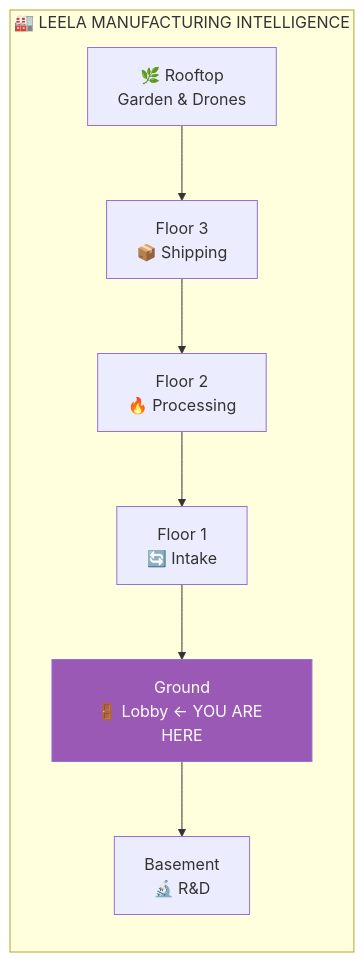
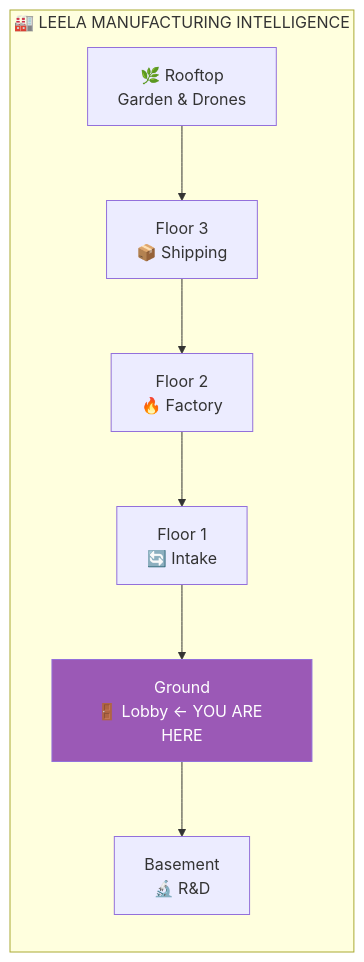
The first of 4 diagrams in examples/adventure-4/street/lane-neverending/leela-manufacturing/lobby/README.md (SimHacker/moollm), drawn with Mermaid before and after one commit. The commit also changed other lines of this file and 15 other files, not shown here.

First line of the commit message:
Fix Floor 2 name: Processing Floor → Factory Floor

````diff
--- a/examples/adventure-4/street/lane-neverending/leela-manufacturing/lobby/README.md
+++ b/examples/adventure-4/street/lane-neverending/leela-manufacturing/lobby/README.md
@@ -11,16 +11,16 @@
 ```mermaid
 flowchart TB
     subgraph Building["🏭 LEELA MANUFACTURING INTELLIGENCE"]
         direction TB
         Roof["🌿 Rooftop\nGarden & Drones"]
         F3["Floor 3\n📦 Shipping"]
-        F2["Floor 2\n🔥 Processing"]
+        F2["Floor 2\n🔥 Factory"]
         F1["Floor 1\n🔄 Intake"]
         Lobby["Ground\n🚪 Lobby ← YOU ARE HERE"]
         Basement["Basement\n🔬 R&D"]
     end
     
     Roof --> F3 --> F2 --> F1 --> Lobby --> Basement
 
     style Lobby fill:#9b59b6,color:#fff
 ```
````
